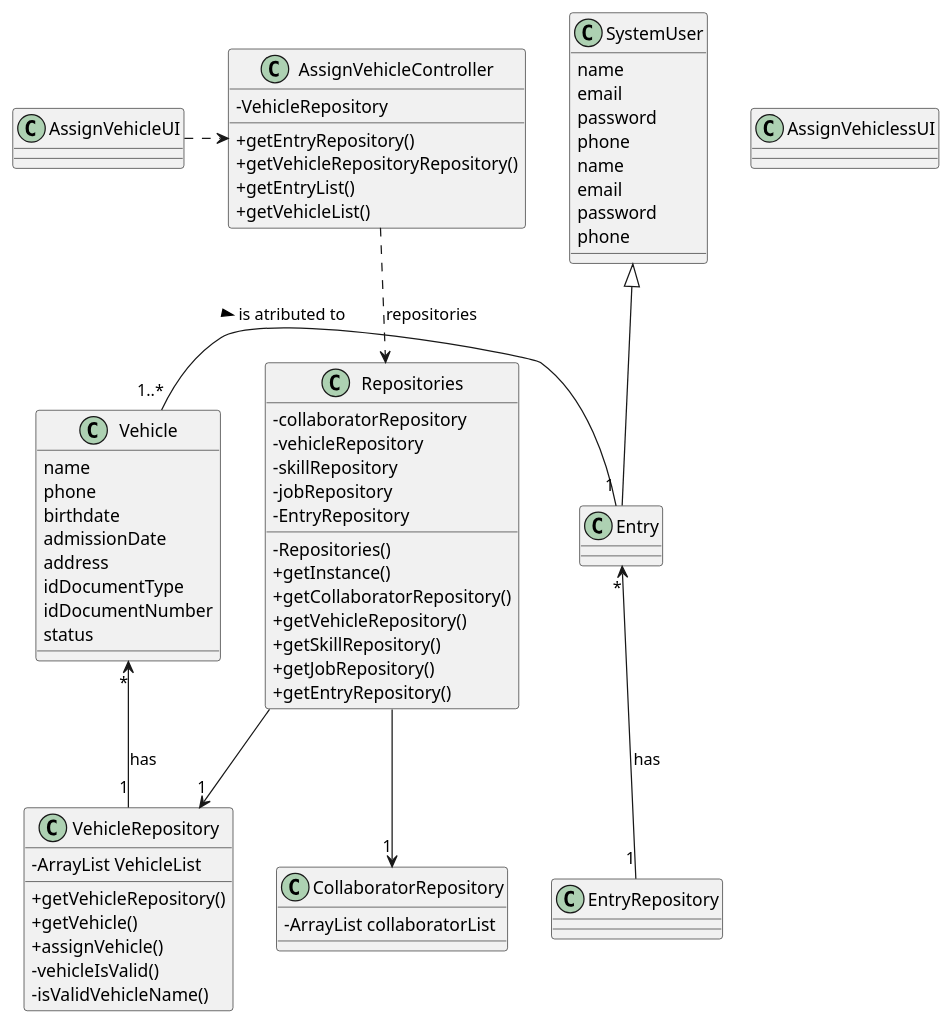
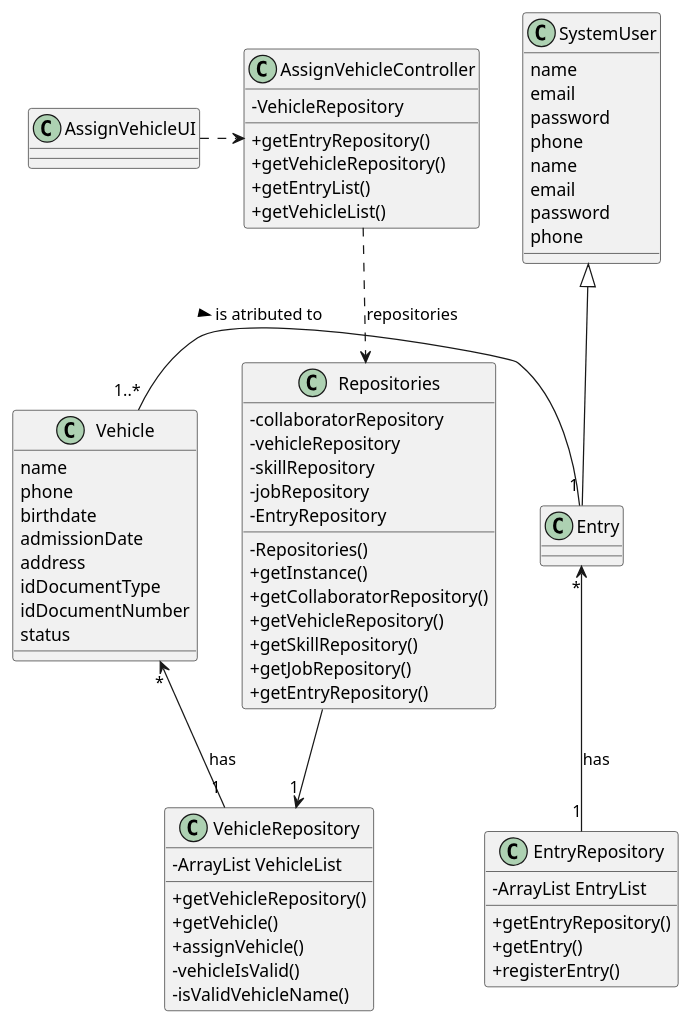
Before and after one commit to Departamento-de-Engenharia-Informatica/lei-24-s2-1do-g164: the diagram in docs/sprintC/us026/03.design/puml/us026-class-diagram.puml, drawn with PlantUML.

Commit message:
US026 (docs): class diagram small changes

```diff
--- a/docs/sprintC/us026/03.design/puml/us026-class-diagram.puml
+++ b/docs/sprintC/us026/03.design/puml/us026-class-diagram.puml
@@ -1,88 +1,85 @@
 @startuml
 skinparam classAttributeIconSize 0
 skinparam monochrome false
 skinparam packageStyle rectangle
 skinparam shadowing false
 skinparam linetype polyline
 skinparam linetype orto
 
 
 class SystemUser {
     name
     email
     password
     phone
 }
 
-class CollaboratorRepository {
-    - ArrayList collaboratorList
-
-}
 
 
 class Repositories {
     - collaboratorRepository
     - vehicleRepository
     - skillRepository
     - jobRepository
     - EntryRepository
     - Repositories()
     + getInstance()
     + getCollaboratorRepository()
     + getVehicleRepository()
     + getSkillRepository()
     + getJobRepository()
     + getEntryRepository()
 
 }
 class SystemUser {
     name
     email
     password
     phone
 
 }
 class AssignVehicleController{
 -VehicleRepository
 +getEntryRepository()
-+getVehicleRepositoryRepository()
++getVehicleRepository()
 +getEntryList()
 +getVehicleList()
 
 }
 
-class AssignVehiclessUI{
 
+class EntryRepository{
+    - ArrayList EntryList
+    + getEntryRepository()
+    + getEntry()
+    + registerEntry()
 }
-
-
 
 class VehicleRepository {
     - ArrayList VehicleList
     + getVehicleRepository()
     + getVehicle()
     + assignVehicle()
     - vehicleIsValid()
     - isValidVehicleName()
 }
 
 class Vehicle {
       name
       phone
       birthdate
       admissionDate
       address
       idDocumentType
       idDocumentNumber
       status
 }
-Repositories -->"1" CollaboratorRepository
 Repositories -->"1" VehicleRepository
 Vehicle "*" <-- "1" VehicleRepository : has
 Entry "*" <-- "1" EntryRepository : has
 Vehicle "1..*" - "1" Entry: is atributed to >
 SystemUser <|-- Entry
 AssignVehicleUI .> AssignVehicleController
 AssignVehicleController ..> Repositories : repositories
 
 @enduml
```
